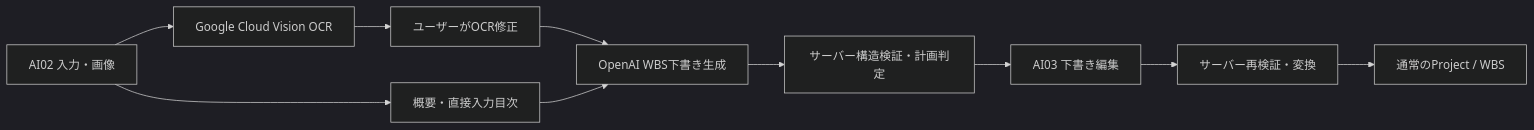
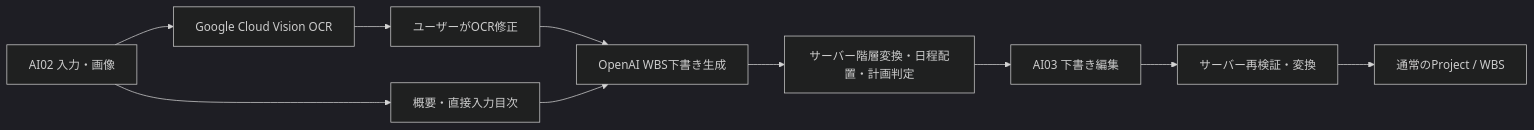
One commit to ichime-develop/study-pm changed the diagram in docs/detailed-design/ai-plan-generation.md. Above: the diagram before and after it, drawn with Mermaid (dark theme). The commit also changed other lines of this file and 40 other files, not shown here.

````diff
--- a/docs/detailed-design/ai-plan-generation.md
+++ b/docs/detailed-design/ai-plan-generation.md
@@ -15,12 +15,12 @@
 ```mermaid
 flowchart LR
     A["AI02 入力・画像"] --> B["Google Cloud Vision OCR"]
     B --> C["ユーザーがOCR修正"]
     A --> D["概要・直接入力目次"]
     C --> H["OpenAI WBS下書き生成"]
     D --> H
-    H --> I["サーバー構造検証・計画判定"]
+    H --> I["サーバー階層変換・日程配置・計画判定"]
     I --> J["AI03 下書き編集"]
     J --> K["サーバー再検証・変換"]
     K --> L["通常のProject / WBS"]
 ```
````
